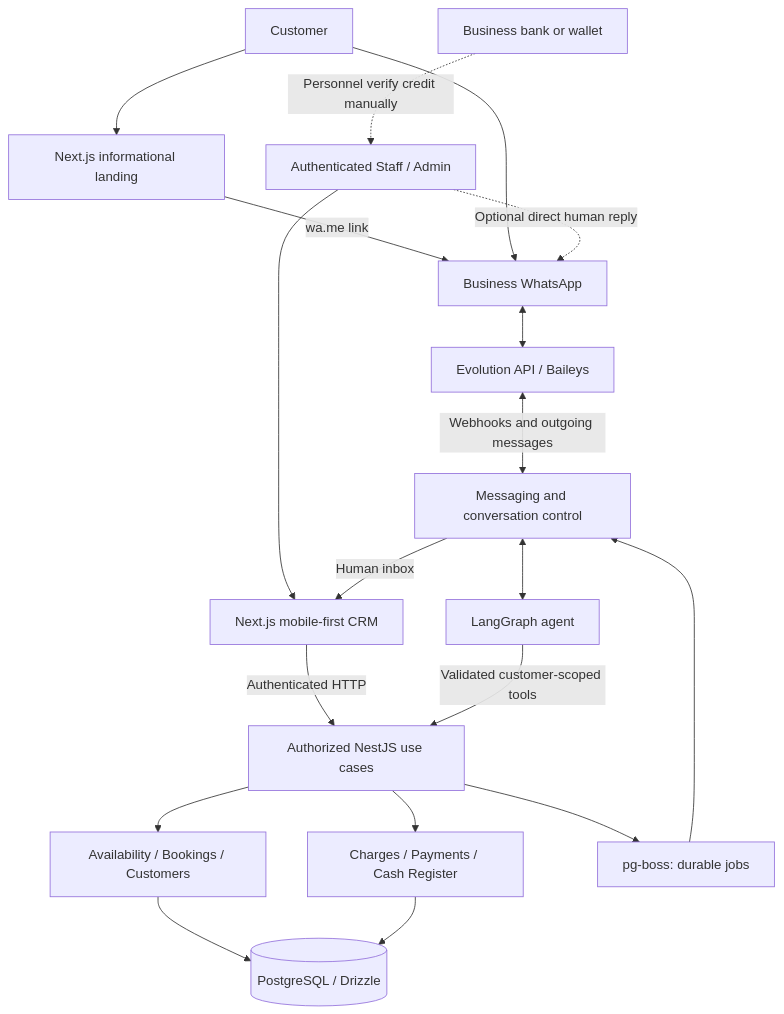
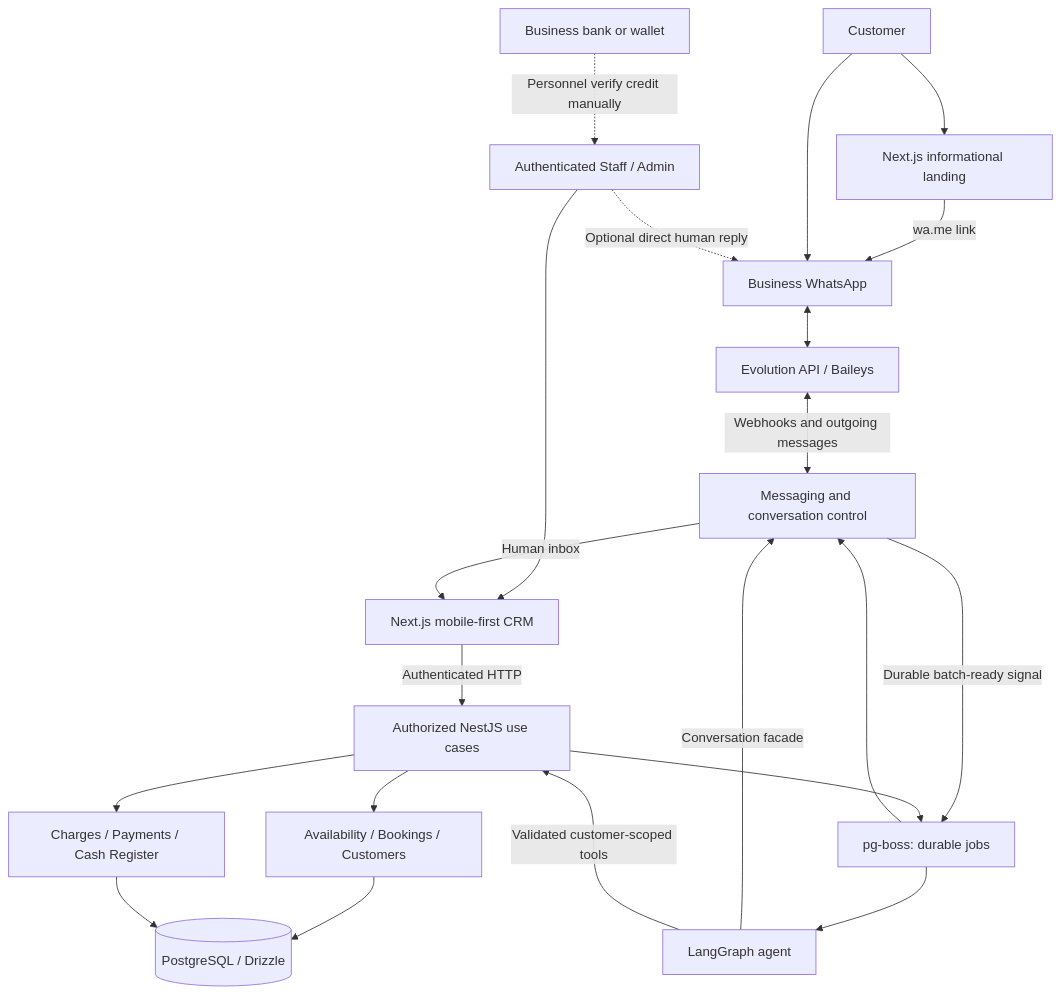
Before and after one commit to nanonoir/Agendoxa: the first of 3 diagrams in docs/design-docs/target-architecture.md, drawn with Mermaid. The commit also changed other lines of this file and 4 other files, not shown here.

````diff
--- a/docs/design-docs/target-architecture.md
+++ b/docs/design-docs/target-architecture.md
@@ -39,21 +39,23 @@
 ```mermaid
 flowchart TB
     CUSTOMER[Customer] --> LAND[Next.js informational landing]
     LAND -->|wa.me link| WA[Business WhatsApp]
     CUSTOMER --> WA
     STAFF[Authenticated Staff / Admin] --> CRM[Next.js mobile-first CRM]
     STAFF -.->|Optional direct human reply| WA
     WA <--> EVO[Evolution API / Baileys]
     EVO <-->|Webhooks and outgoing messages| MSG[Messaging and conversation control]
     CRM -->|Authenticated HTTP| API[Authorized NestJS use cases]
     MSG -->|Human inbox| CRM
-    MSG <--> AGENT[LangGraph agent]
+    MSG -->|Durable batch-ready signal| JOBS
+    JOBS --> AGENT[LangGraph agent]
+    AGENT -->|Conversation facade| MSG
     AGENT -->|Validated customer-scoped tools| API
     API --> CORE[Availability / Bookings / Customers]
     API --> FIN[Charges / Payments / Cash Register]
     CORE --> PG[(PostgreSQL / Drizzle)]
     FIN --> PG
     API --> JOBS[pg-boss: durable jobs]
     JOBS --> MSG
     BANK[Business bank or wallet] -.->|Personnel verify credit manually| STAFF
 ```
````
